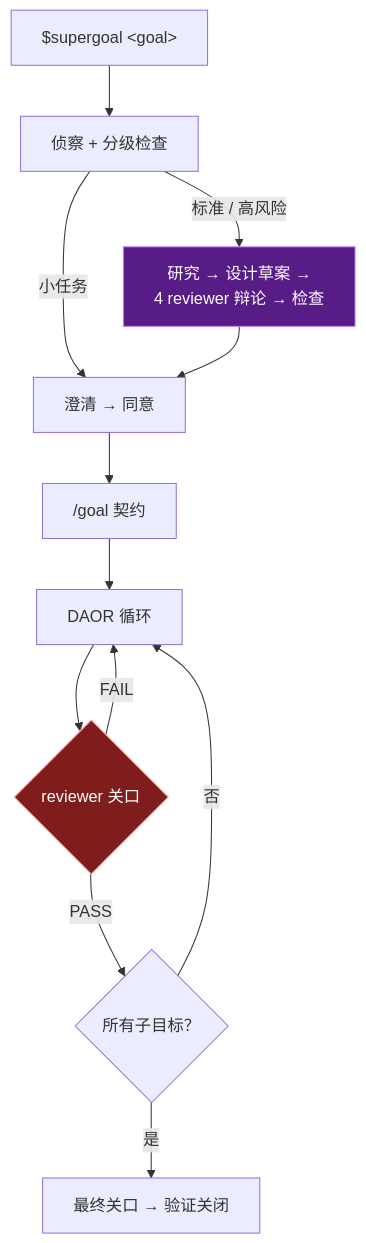
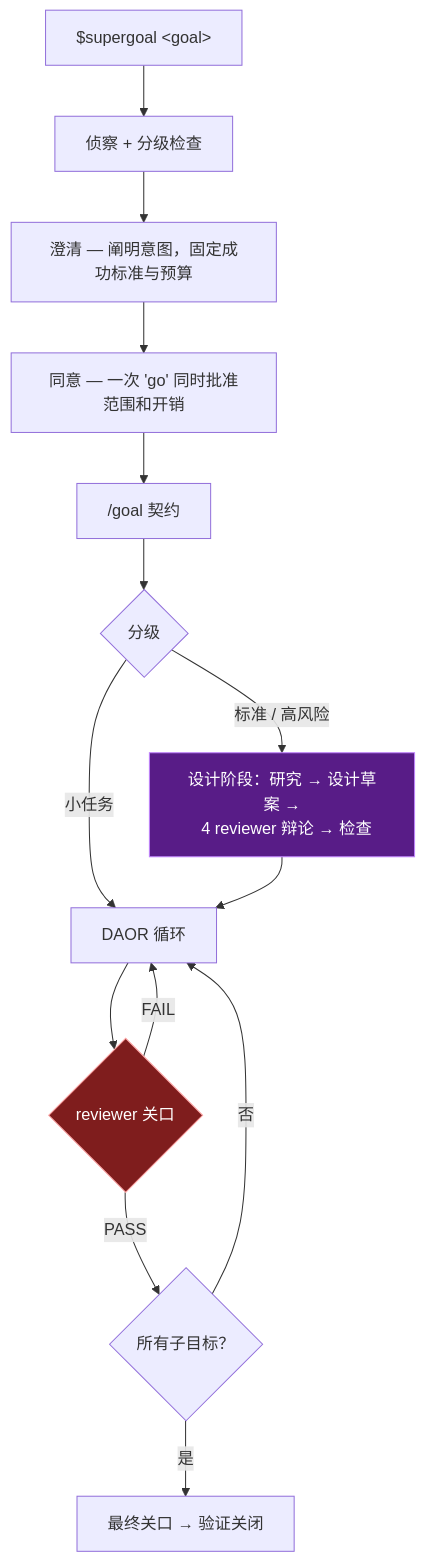
Before and after one commit to lidapengpeng/SuperGoal-Skill: the diagram in README.zh-CN.md, drawn with Mermaid. The commit also changed other lines of this file and 14 other files, not shown here.

First line of the commit message:
Harden delivery docs, hooks, and design-phase flow.

````diff
--- a/README.zh-CN.md
+++ b/README.zh-CN.md
@@ -42,20 +42,22 @@
 ```mermaid
 flowchart TD
   A["$supergoal &lt;goal&gt;"] --> B["侦察 + 分级检查"]
-  B -->|小任务| C["澄清 → 同意"]
-  B -->|标准 / 高风险| D["研究 → 设计草案 →
+  B --> C["澄清 — 阐明意图，固定成功标准与预算"]
+  C --> D["同意 — 一次 'go' 同时批准范围和开销"]
+  D --> E["/goal 契约"]
+  E --> F{"分级"}
+  F -->|标准 / 高风险| G["设计阶段：研究 → 设计草案 →
   4 reviewer 辩论 → 检查"]
-  D --> C
-  C --> E["/goal 契约"]
-  E --> F["DAOR 循环"]
-  F --> G{"reviewer 关口"}
-  G -->|FAIL| F
-  G -->|PASS| H{"所有子目标？"}
-  H -->|否| F
-  H -->|是| I["最终关口 → 验证关闭"]
+  F -->|小任务| H["DAOR 循环"]
+  G --> H
+  H --> I{"reviewer 关口"}
+  I -->|FAIL| H
+  I -->|PASS| J{"所有子目标？"}
+  J -->|否| H
+  J -->|是| K["最终关口 → 验证关闭"]
 
   classDef gate fill:#7f1d1d,stroke:#fca5a5,color:#fff;
   classDef design fill:#581c87,stroke:#c084fc,color:#fff;
-  class G gate;
-  class D design;
+  class I gate;
+  class G design;
 ```
````
